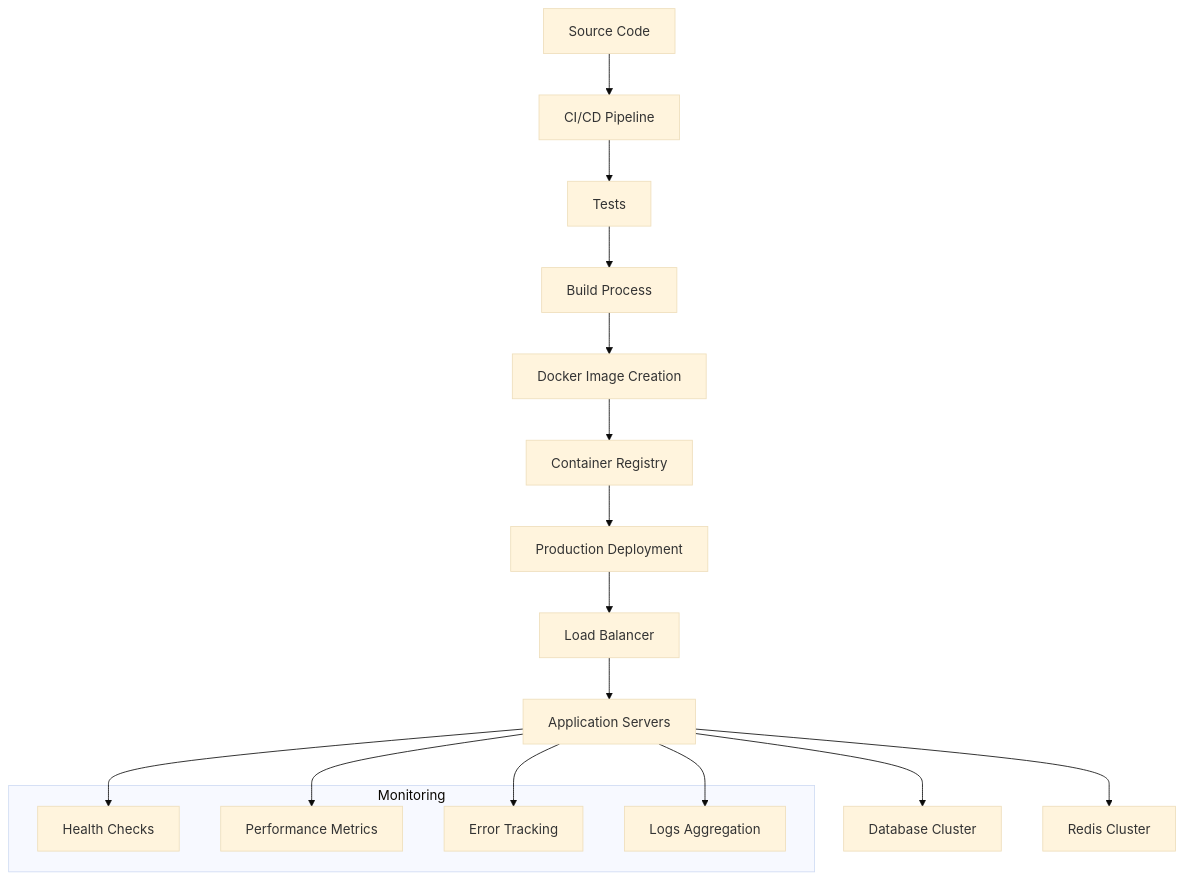
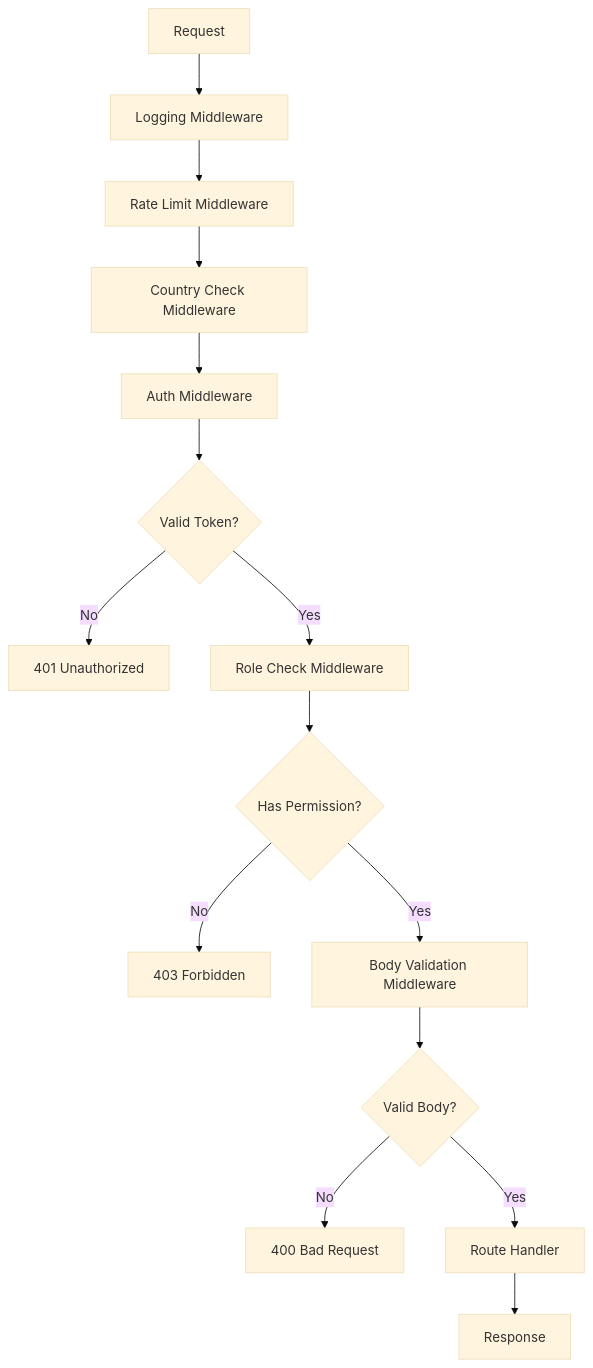
Before and after one commit to IsraelRub/EveryTriv: diagram 18 of 25 in docs/DIAGRAMS.md, drawn with Mermaid (base theme). The commit also changed other lines of this file and 597 other files, not shown here.

````diff
--- a/docs/DIAGRAMS.md
+++ b/docs/DIAGRAMS.md
@@ -391,26 +941,17 @@
 ```mermaid
 graph TD
-    A[Source Code] --> B[CI/CD Pipeline]
-    B --> C[Tests]
-    C --> D[Build Process]
-    D --> E[Docker Image Creation]
-    E --> F[Container Registry]
-    F --> G[Production Deployment]
-    
-    G --> H[Load Balancer]
-    H --> I[Application Servers]
-    I --> J[Database Cluster]
-    I --> K[Redis Cluster]
-    
-    subgraph "Monitoring"
-        L[Health Checks]
-        M[Performance Metrics]
-        N[Error Tracking]
-        O[Logs Aggregation]
-    end
-    
-    I --> L
-    I --> M
-    I --> N
-    I --> O
+    A[Request] --> B[Logging Middleware]
+    B --> C[Rate Limit Middleware]
+    C --> D[Country Check Middleware]
+    D --> E[Auth Middleware]
+    E --> F{Valid Token?}
+    F -->|No| G[401 Unauthorized]
+    F -->|Yes| H[Role Check Middleware]
+    H --> I{Has Permission?}
+    I -->|No| J[403 Forbidden]
+    I -->|Yes| K[Body Validation Middleware]
+    K --> L{Valid Body?}
+    L -->|No| M[400 Bad Request]
+    L -->|Yes| N[Route Handler]
+    N --> O[Response]
 ```
````
